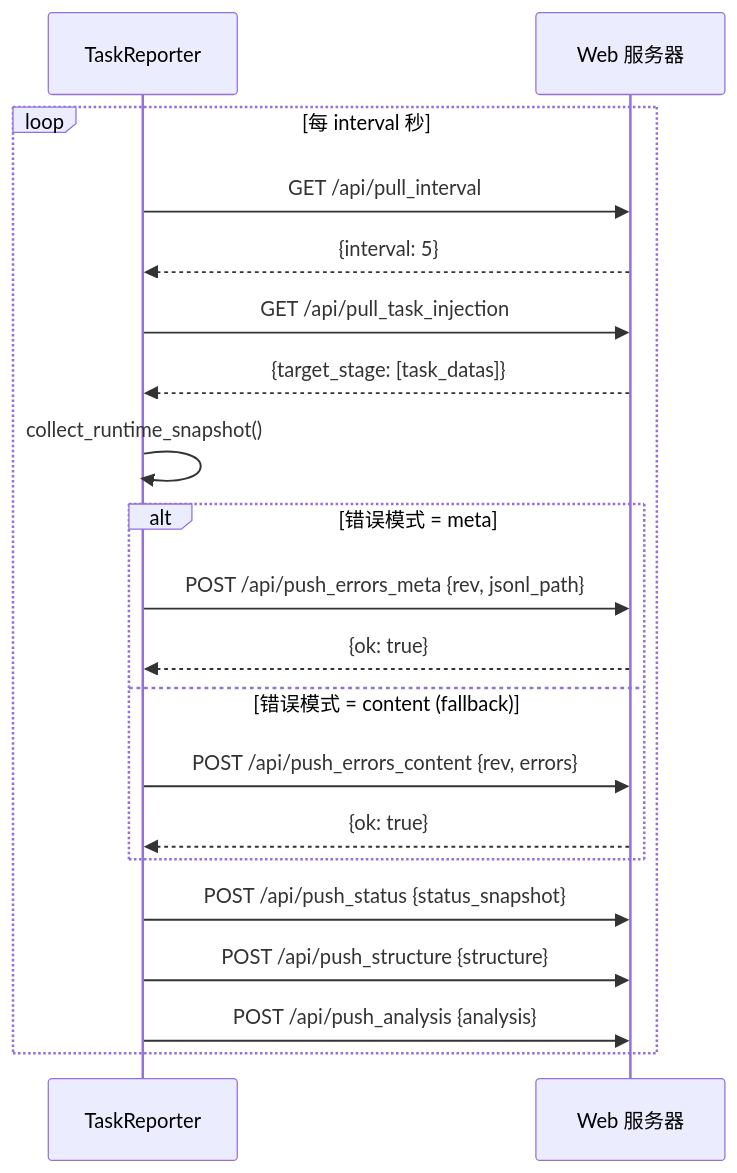
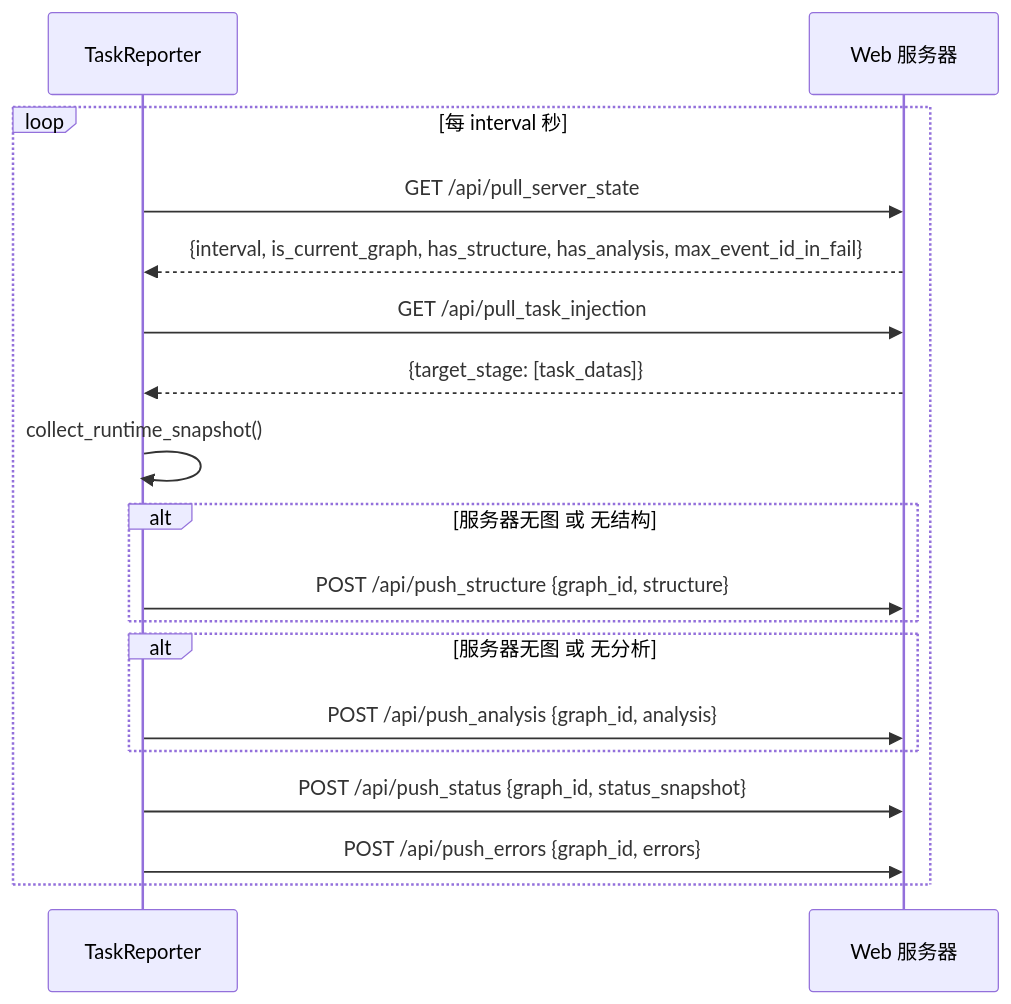
The diagram in docs/zh-CN/src/observability/core_report.md (Mr-xiaotian/CelestialFlow), drawn with Mermaid before and after one commit. The commit also changed other lines of this file and 71 other files, not shown here.

````diff
--- a/docs/zh-CN/src/observability/core_report.md
+++ b/docs/zh-CN/src/observability/core_report.md
@@ -60,27 +61,25 @@
 ```mermaid
 sequenceDiagram
     participant R as TaskReporter
     participant S as Web 服务器
 
     loop 每 interval 秒
-        R->>S: GET /api/pull_interval
-        S-->>R: {interval: 5}
+        R->>S: GET /api/pull_server_state
+        S-->>R: {interval, is_current_graph, has_structure, has_analysis, max_event_id_in_fail}
 
         R->>S: GET /api/pull_task_injection
         S-->>R: {target_stage: [task_datas]}
 
         R->>R: collect_runtime_snapshot()
 
-        alt 错误模式 = meta
-            R->>S: POST /api/push_errors_meta {rev, jsonl_path}
-            S-->>R: {ok: true}
-        else 错误模式 = content (fallback)
-            R->>S: POST /api/push_errors_content {rev, errors}
-            S-->>R: {ok: true}
+        alt 服务器无图 或 无结构
+            R->>S: POST /api/push_structure {graph_id, structure}
+        end
+        alt 服务器无图 或 无分析
+            R->>S: POST /api/push_analysis {graph_id, analysis}
         end
 
-        R->>S: POST /api/push_status {status_snapshot}
-        R->>S: POST /api/push_structure {structure}
-        R->>S: POST /api/push_analysis {analysis}
+        R->>S: POST /api/push_status {graph_id, status_snapshot}
+        R->>S: POST /api/push_errors {graph_id, errors}
     end
 ```
````
